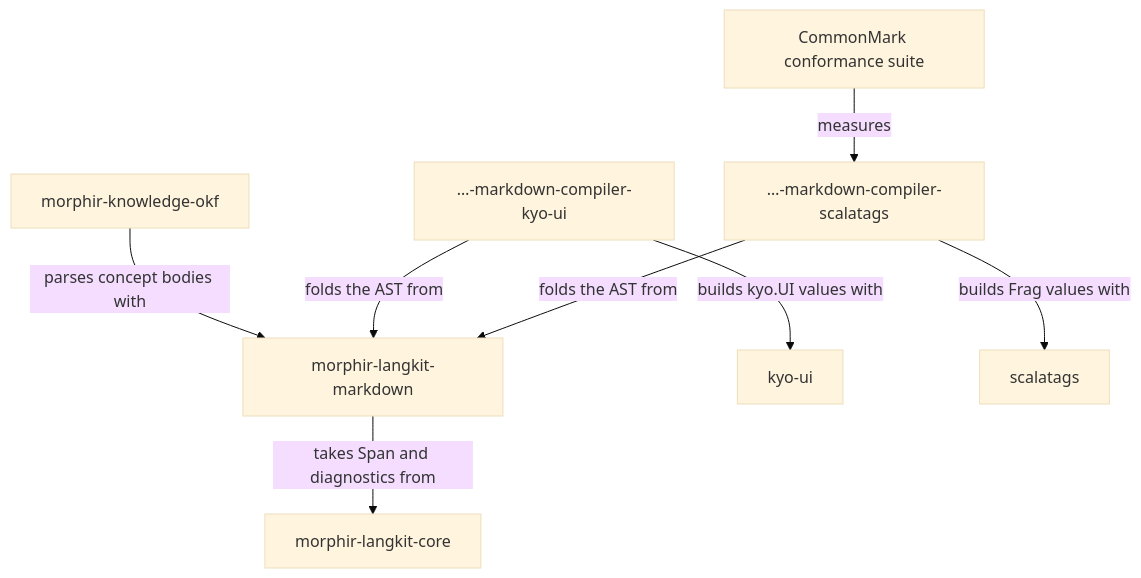
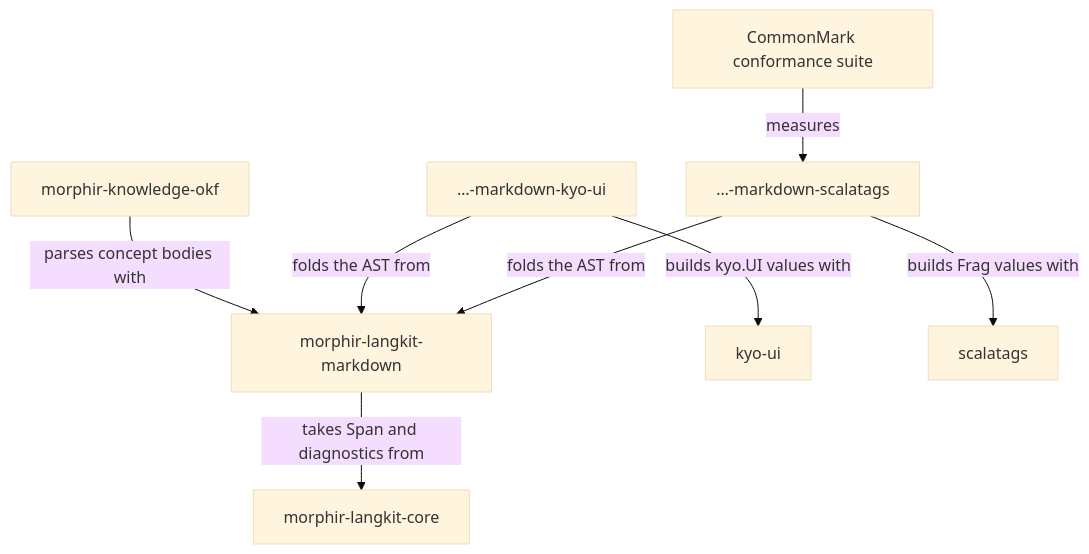
The second of 2 diagrams in kb/bundles/intent/0033-markdown-compilation.md (finos/morphir-scala), drawn with Mermaid (base theme) before and after one commit. The commit also changed other lines of this file and 22 other files, not shown here.

````diff
--- a/kb/bundles/intent/0033-markdown-compilation.md
+++ b/kb/bundles/intent/0033-markdown-compilation.md
@@ -198,10 +198,10 @@
 ```mermaid
 flowchart TD
   okf["morphir-knowledge-okf"] -->|"parses concept bodies with"| core
   core["morphir-langkit-markdown"] -->|"takes Span and diagnostics from"| lk["morphir-langkit-core"]
-  comp["…-markdown-compiler-kyo-ui"] -->|"folds the AST from"| core
+  comp["…-markdown-kyo-ui"] -->|"folds the AST from"| core
   comp -->|"builds kyo.UI values with"| kyoui["kyo-ui"]
-  conf["…-markdown-compiler-scalatags"] -->|"folds the AST from"| core
+  conf["…-markdown-scalatags"] -->|"folds the AST from"| core
   conf -->|"builds Frag values with"| st["scalatags"]
   suite["CommonMark conformance suite"] -->|"measures"| conf
 ```
````
